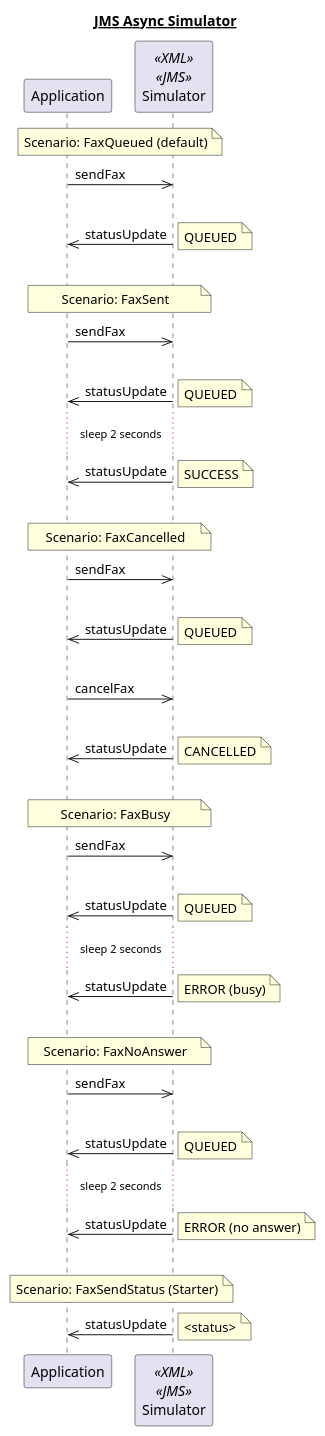
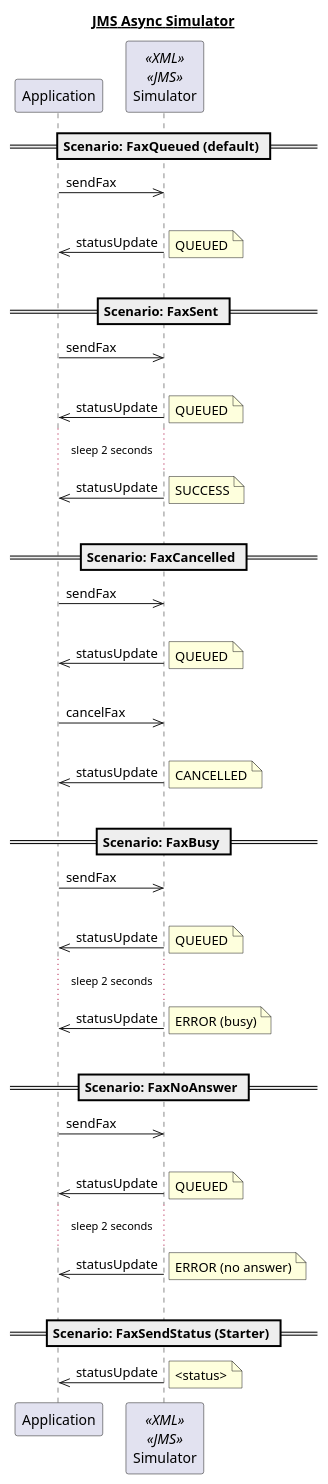
One commit to citrusframework/citrus-simulator changed the diagram in simulator-samples/sample-jms-fax/doc/SCENARIOS.puml. Above: the diagram before and after it, drawn with PlantUML. The commit also changed 1 other file, not shown here.

```diff
--- a/simulator-samples/sample-jms-fax/doc/SCENARIOS.puml
+++ b/simulator-samples/sample-jms-fax/doc/SCENARIOS.puml
@@ -1,104 +1,92 @@
 @startuml
 
 title __JMS Async Simulator__
 
 participant "Application" as Application
 participant "Simulator" as Simulator  <<XML>> <<JMS>>
 
-note over Application, Simulator
-Scenario: FaxQueued (default)
-end note
+== Scenario: FaxQueued (default) ==
 
 Application ->> Simulator : sendFax
 
 |||
 
 Simulator ->> Application : statusUpdate
 note right: QUEUED
 
 |||
 
-note over Application, Simulator
-Scenario: FaxSent
-end note
+== Scenario: FaxSent ==
 
 Application ->> Simulator : sendFax
 
 |||
 
 Simulator ->> Application : statusUpdate
 note right: QUEUED
 
 ... sleep 2 seconds ...
 
 Simulator ->> Application : statusUpdate
 note right: SUCCESS
 
 |||
 
-note over Application, Simulator
-Scenario: FaxCancelled
-end note
+== Scenario: FaxCancelled ==
 
 Application ->> Simulator : sendFax
 
 |||
 
 Simulator ->> Application : statusUpdate
 note right: QUEUED
 
 |||
 
 Application ->> Simulator : cancelFax
 
 |||
 
 Simulator ->> Application : statusUpdate
 note right: CANCELLED
 
 |||
 
-note over Application, Simulator
-Scenario: FaxBusy
-end note
+== Scenario: FaxBusy ==
 
 Application ->> Simulator : sendFax
 
 |||
 
 Simulator ->> Application : statusUpdate
 note right: QUEUED
 
 ... sleep 2 seconds ...
 
 Simulator ->> Application : statusUpdate
 note right: ERROR (busy)
 
 |||
 
-note over Application, Simulator
-Scenario: FaxNoAnswer
-end note
+== Scenario: FaxNoAnswer ==
 
 Application ->> Simulator : sendFax
 
 |||
 
 Simulator ->> Application : statusUpdate
 note right: QUEUED
 
 ... sleep 2 seconds ...
 
 Simulator ->> Application : statusUpdate
 note right: ERROR (no answer)
 
 |||
 
-note over Application, Simulator
-Scenario: FaxSendStatus (Starter)
-end note
+== Scenario: FaxSendStatus (Starter) ==
 
 Simulator ->> Application : statusUpdate
 note right: <status>
 
 @enduml
```
